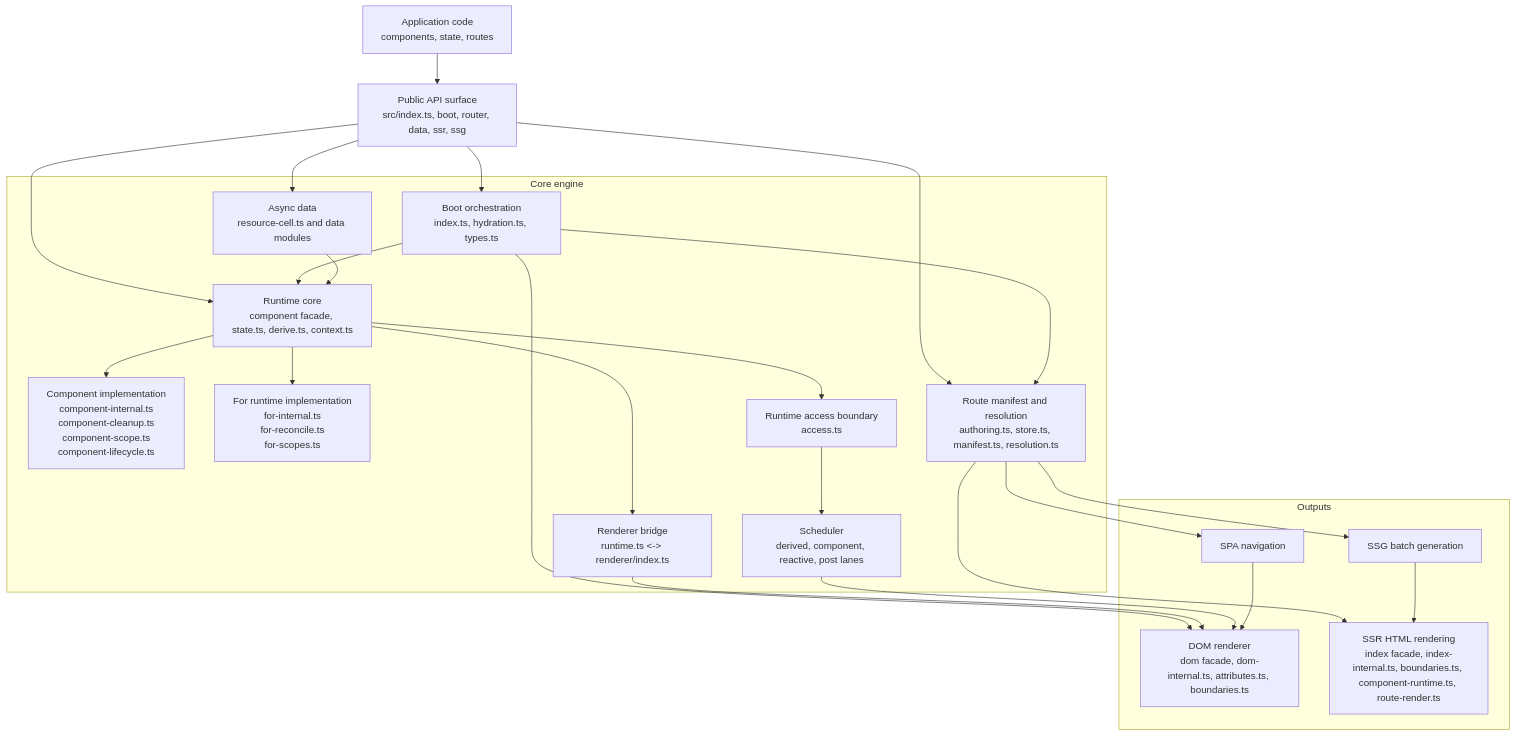
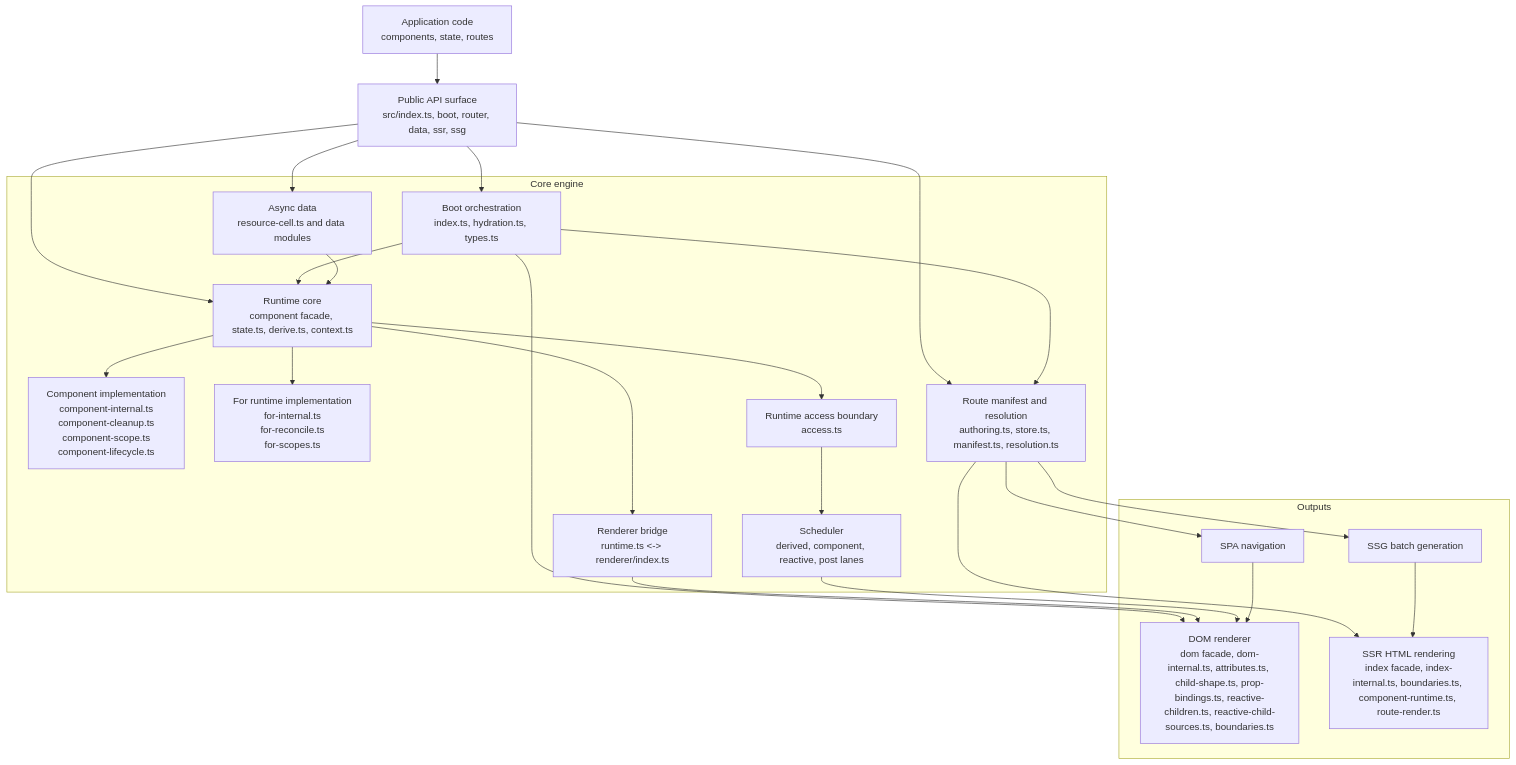
Before and after one commit to askrjs/askr: the first of 2 diagrams in docs/internals/core-engine-design.md, drawn with Mermaid. The commit also changed other lines of this file and 7 other files, not shown here.

Commit message:
Split renderer DOM helper ownership

````diff
--- a/docs/internals/core-engine-design.md
+++ b/docs/internals/core-engine-design.md
@@ -15,46 +15,46 @@
 ```mermaid
 flowchart TB
   app[Application code<br/>components, state, routes]
   publicApi[Public API surface<br/>src/index.ts, boot, router, data, ssr, ssg]
 
   subgraph engine[Core engine]
     boot[Boot orchestration<br/>index.ts, hydration.ts, types.ts]
     runtime[Runtime core<br/>component facade, state.ts, derive.ts, context.ts]
     componentCore[Component implementation<br/>component-internal.ts<br/>component-cleanup.ts<br/>component-scope.ts<br/>component-lifecycle.ts]
     forCore[For runtime implementation<br/>for-internal.ts<br/>for-reconcile.ts<br/>for-scopes.ts]
     runtimeAccess[Runtime access boundary<br/>access.ts]
     scheduler[Scheduler<br/>derived, component, reactive, post lanes]
     rendererBridge[Renderer bridge<br/>runtime.ts <-> renderer/index.ts]
     routerManifest[Route manifest and resolution<br/>authoring.ts, store.ts, manifest.ts, resolution.ts]
     asyncData[Async data<br/>resource-cell.ts and data modules]
   end
 
   subgraph outputs[Outputs]
-    dom[DOM renderer<br/>dom facade, dom-internal.ts, attributes.ts, boundaries.ts]
+    dom[DOM renderer<br/>dom facade, dom-internal.ts, attributes.ts, child-shape.ts, prop-bindings.ts, reactive-children.ts, reactive-child-sources.ts, boundaries.ts]
     spa[SPA navigation]
     ssr[SSR HTML rendering<br/>index facade, index-internal.ts, boundaries.ts, component-runtime.ts, route-render.ts]
     ssg[SSG batch generation]
   end
 
   app --> publicApi
   publicApi --> boot
   publicApi --> runtime
   publicApi --> routerManifest
   publicApi --> asyncData
   boot --> runtime
   boot --> routerManifest
   boot --> dom
   runtime --> runtimeAccess
   runtime --> componentCore
   runtime --> forCore
   runtimeAccess --> scheduler
   runtime --> rendererBridge
   asyncData --> runtime
   routerManifest --> spa
   routerManifest --> ssr
   routerManifest --> ssg
   rendererBridge --> dom
   scheduler --> dom
   spa --> dom
   ssg --> ssr
 ```
````
